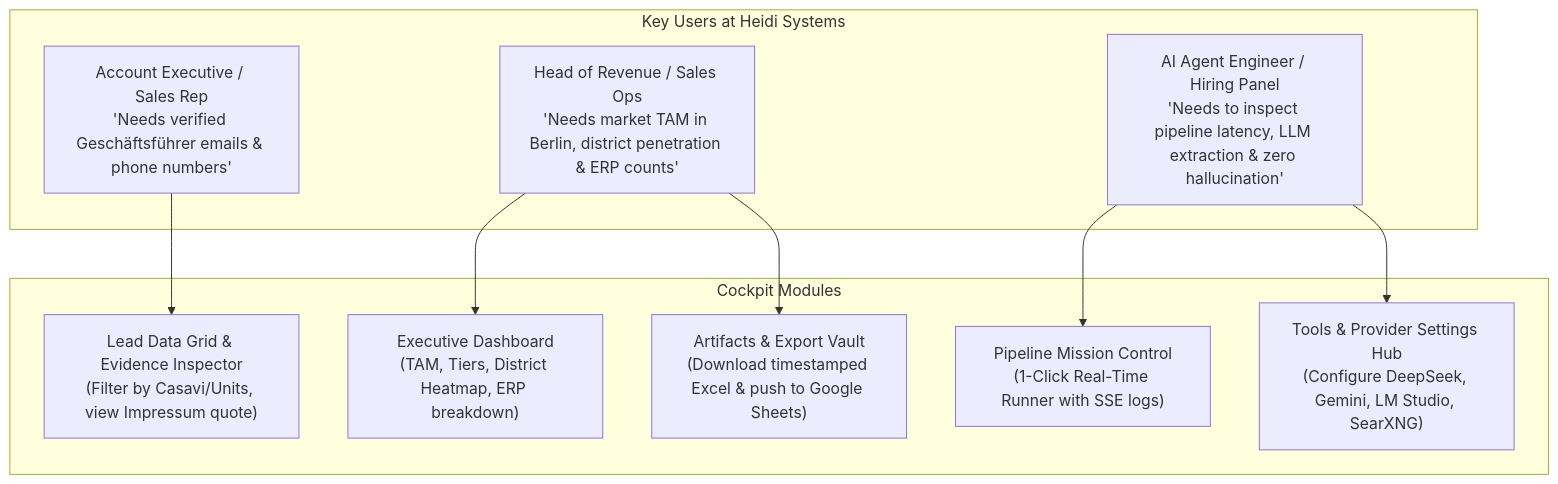
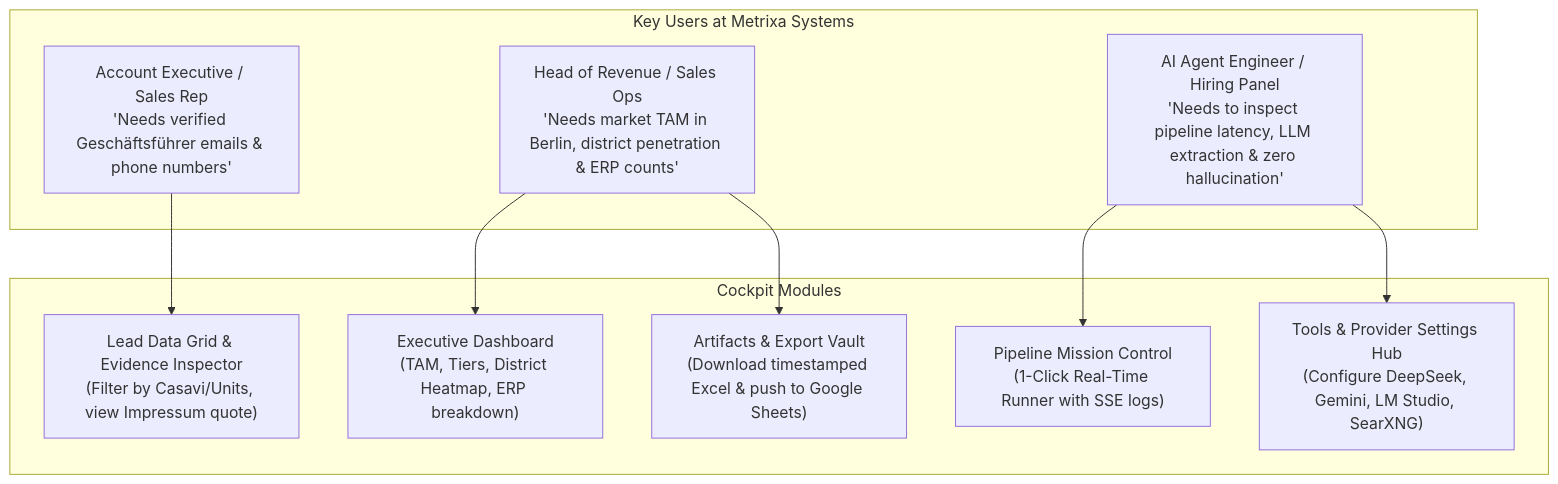
Before and after one commit to sainibhaowal/Metrixa-Systems: the diagram in docs/Web Plan/01_WEB_PRD_AND_REQUIREMENTS_ENGINEERING.md, drawn with Mermaid. The commit also changed other lines of this file and 66 other files, not shown here.

Commit message:
feat(core): implement universal B2B leadops platform, add pre-commit hooks, and finalize Metrixa Systems

````diff
--- a/docs/Web Plan/01_WEB_PRD_AND_REQUIREMENTS_ENGINEERING.md
+++ b/docs/Web Plan/01_WEB_PRD_AND_REQUIREMENTS_ENGINEERING.md
@@ -52,20 +52,20 @@
 ```mermaid
 flowchart TD
-    subgraph Personas["Key Users at Heidi Systems"]
+    subgraph Personas["Key Users at Metrixa Systems"]
         AE["Account Executive / Sales Rep\n'Needs verified Geschäftsführer emails & phone numbers'"]
         REV["Head of Revenue / Sales Ops\n'Needs market TAM in Berlin, district penetration & ERP counts'"]
         AIE["AI Agent Engineer / Hiring Panel\n'Needs to inspect pipeline latency, LLM extraction & zero hallucination'"]
     end
 
     subgraph Views["Cockpit Modules"]
         V1["Executive Dashboard\n(TAM, Tiers, District Heatmap, ERP breakdown)"]
         V2["Pipeline Mission Control\n(1-Click Real-Time Runner with SSE logs)"]
         V3["Lead Data Grid & Evidence Inspector\n(Filter by Casavi/Units, view Impressum quote)"]
         V4["Tools & Provider Settings Hub\n(Configure DeepSeek, Gemini, LM Studio, SearXNG)"]
         V5["Artifacts & Export Vault\n(Download timestamped Excel & push to Google Sheets)"]
     end
 
     AE --> V3
     REV --> V1 & V5
     AIE --> V2 & V4
 ```
````
